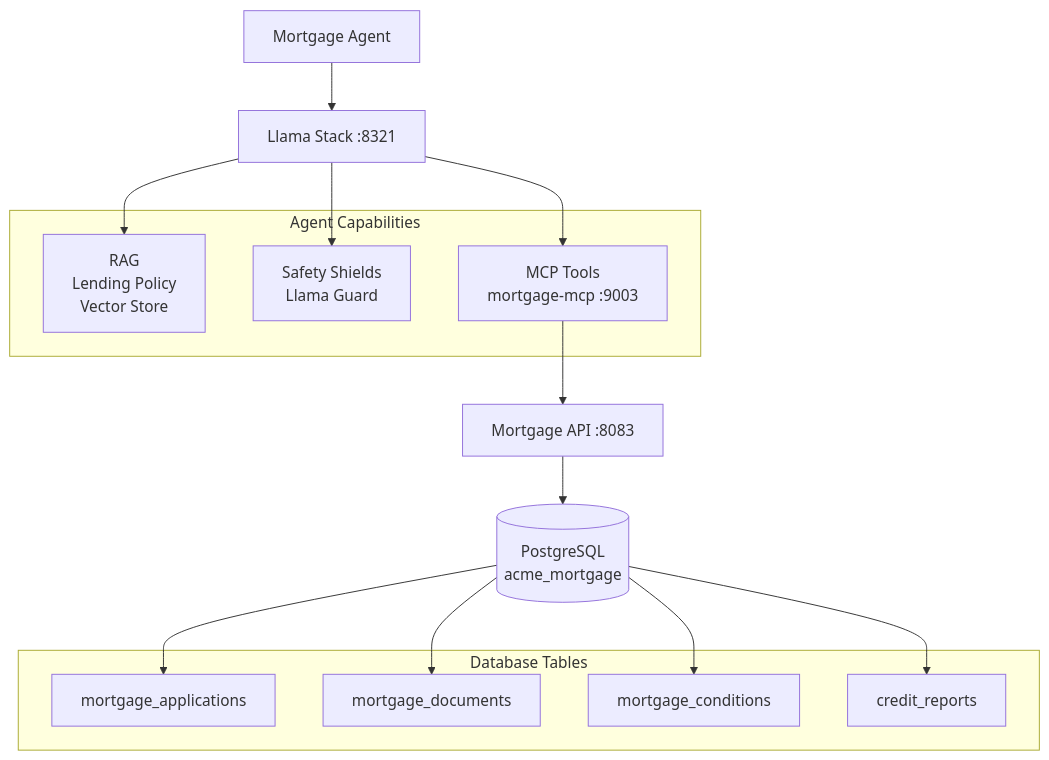
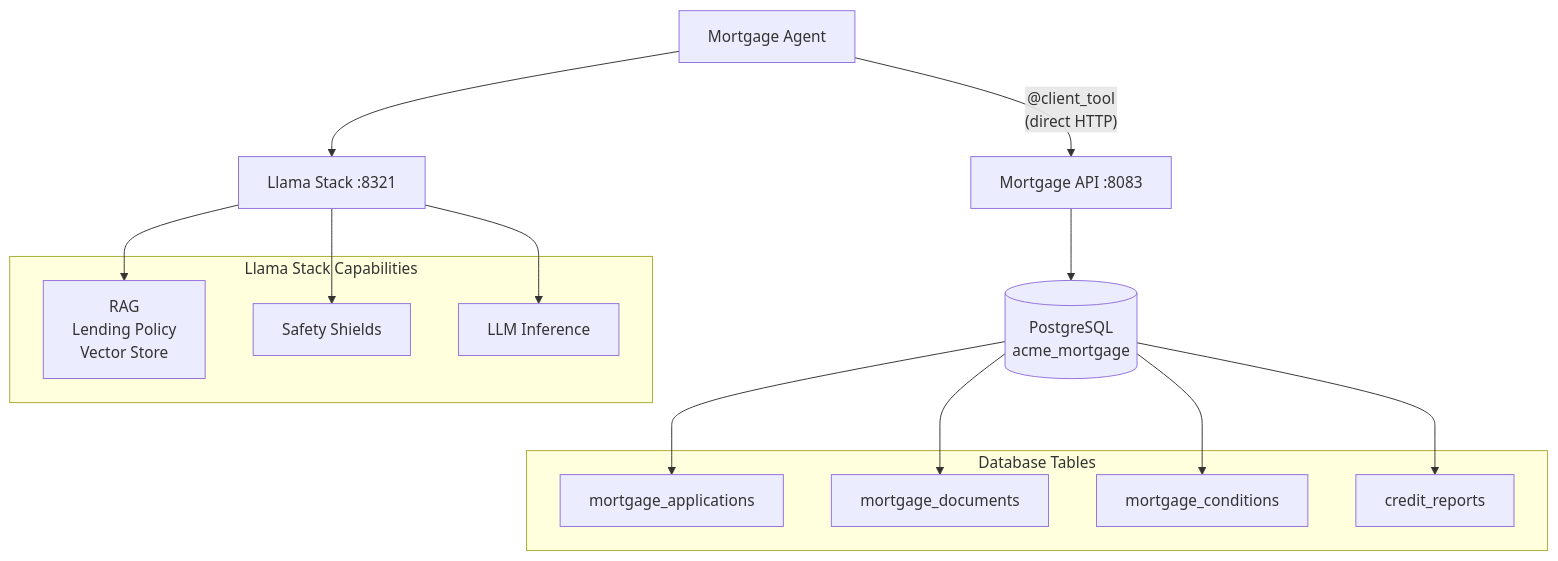
The fifth of 5 diagrams in mortgage-use-case/README.md (rrbanda/agent-workshop), drawn with Mermaid before and after one commit. The commit also changed other lines of this file and 18 other files, not shown here.

First line of the commit message:
Update docs for accuracy: TrustyAI safety, client-side tools, embedding/vector provider notes, and GH Pages sync

````diff
--- a/mortgage-use-case/README.md
+++ b/mortgage-use-case/README.md
@@ -162,32 +162,33 @@
 ```mermaid
 flowchart TD
     Agent[Mortgage Agent]
     LS[Llama Stack :8321]
+    API[Mortgage API :8083]
 
     Agent --> LS
+    Agent -->|"@client_tool\n(direct HTTP)"| API
 
-    subgraph capabilities [Agent Capabilities]
+    subgraph serverCapabilities [Llama Stack Capabilities]
         RAG[RAG\nLending Policy\nVector Store]
-        Safety[Safety Shields\nLlama Guard]
-        MCP[MCP Tools\nmortgage-mcp :9003]
+        Safety[Safety Shields]
+        Inference[LLM Inference]
     end
 
     LS --> RAG
     LS --> Safety
-    LS --> MCP
+    LS --> Inference
 
-    MCP --> API[Mortgage API :8083]
     API --> DB[(PostgreSQL\nacme_mortgage)]
 
     subgraph data [Database Tables]
         Apps[mortgage_applications]
         Docs[mortgage_documents]
         Conds[mortgage_conditions]
         Credits[credit_reports]
     end
 
     DB --> Apps
     DB --> Docs
     DB --> Conds
     DB --> Credits
 ```
````
